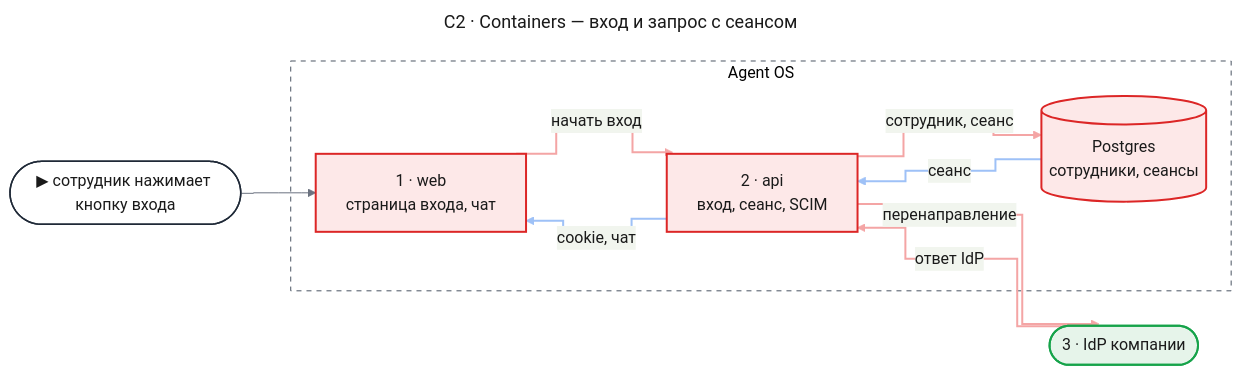
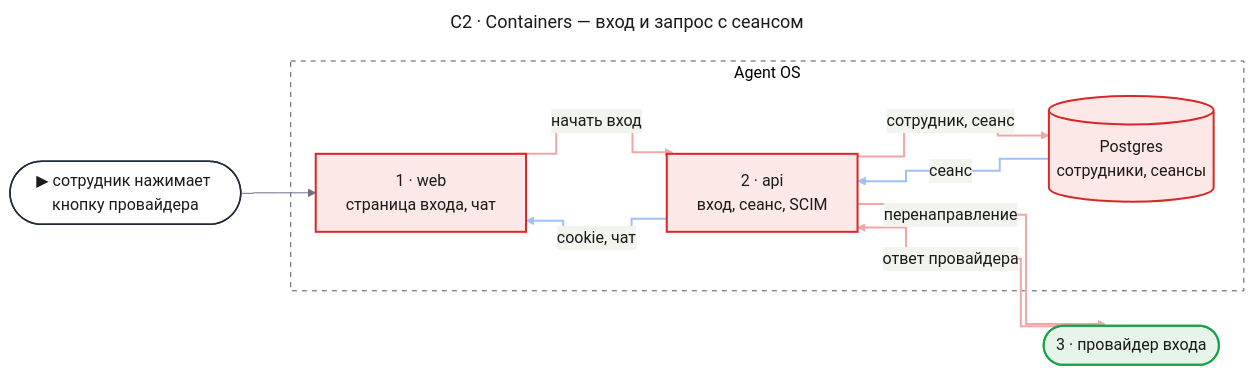
One commit to tundraray/agent-os changed the second of 10 diagrams in docs/features/enterprise-access/design-identity.md. Above: the diagram before and after it, drawn with Mermaid. The commit also changed other lines of this file and 4 other files, not shown here.

````diff
--- a/docs/features/enterprise-access/design-identity.md
+++ b/docs/features/enterprise-access/design-identity.md
@@ -263,53 +268,53 @@
 ```mermaid
 ---
 title: "C2 · Containers — вход и запрос с сеансом"
 config:
   theme: base
   look: classic
   themeVariables:
     primaryColor: "#eef1f5"
     primaryBorderColor: "#4b5563"
     primaryTextColor: "#1a1a1a"
     lineColor: "#6b7280"
   flowchart:
     curve: step
   themeCSS: |
     @keyframes lit_c2{0%,15%{stroke:#991b1b;stroke-width:6px}16.67%,100%{stroke:#f4a5a5;stroke-width:2px}}
     @keyframes litr_c2{0%,15%{stroke:#1d4ed8;stroke-width:6px}16.67%,100%{stroke:#9ec1f7;stroke-width:2px}}
 ---
 flowchart LR
-    entry(["▶ сотрудник нажимает кнопку входа"])
+    entry(["▶ сотрудник нажимает кнопку провайдера"])
     subgraph aos["Agent OS"]
         web["1 · web<br/>страница входа, чат"]
         api["2 · api<br/>вход, сеанс, SCIM"]
         db[("Postgres<br/>сотрудники, сеансы")]
     end
-    idp(["3 · IdP компании"])
+    idp(["3 · провайдер входа"])
     entry --> web
     web e1@-->|"начать вход"| api
     api e2@-->|"перенаправление"| idp
-    idp e3@-->|"ответ IdP"| api
+    idp e3@-->|"ответ провайдера"| api
     api e4@-->|"сотрудник, сеанс"| db
     db e5@-->|"сеанс"| api
     api e6@-->|"cookie, чат"| web
     classDef entry fill:#ffffff,stroke:#1f2937,stroke-width:1.5px,color:#1a1a1a
     classDef changed fill:#fde8e8,stroke:#dc2626,stroke-width:2px,color:#1a1a1a
     classDef new fill:#e6f4ea,stroke:#16a34a,stroke-width:2px,color:#1a1a1a
     classDef unchanged fill:#eef1f5,stroke:#4b5563,stroke-width:1.5px,color:#1a1a1a
     classDef w1 stroke:#f4a5a5,stroke-width:2px,animation:lit_c2 7.2s linear 0s infinite
     classDef w2 stroke:#f4a5a5,stroke-width:2px,animation:lit_c2 7.2s linear 1.2s infinite
     classDef w3 stroke:#f4a5a5,stroke-width:2px,animation:lit_c2 7.2s linear 2.4s infinite
     classDef w4 stroke:#f4a5a5,stroke-width:2px,animation:lit_c2 7.2s linear 3.6s infinite
     classDef r1 stroke:#9ec1f7,stroke-width:2px,animation:litr_c2 7.2s linear 4.8s infinite
     classDef r2 stroke:#9ec1f7,stroke-width:2px,animation:litr_c2 7.2s linear 6s infinite
     class entry entry
     class web,api,db changed
     class idp new
     class e1 w1
     class e2 w2
     class e3 w3
     class e4 w4
     class e5 r1
     class e6 r2
     style aos fill:none,stroke:#4b5563,stroke-dasharray:5 5
 ```
````
